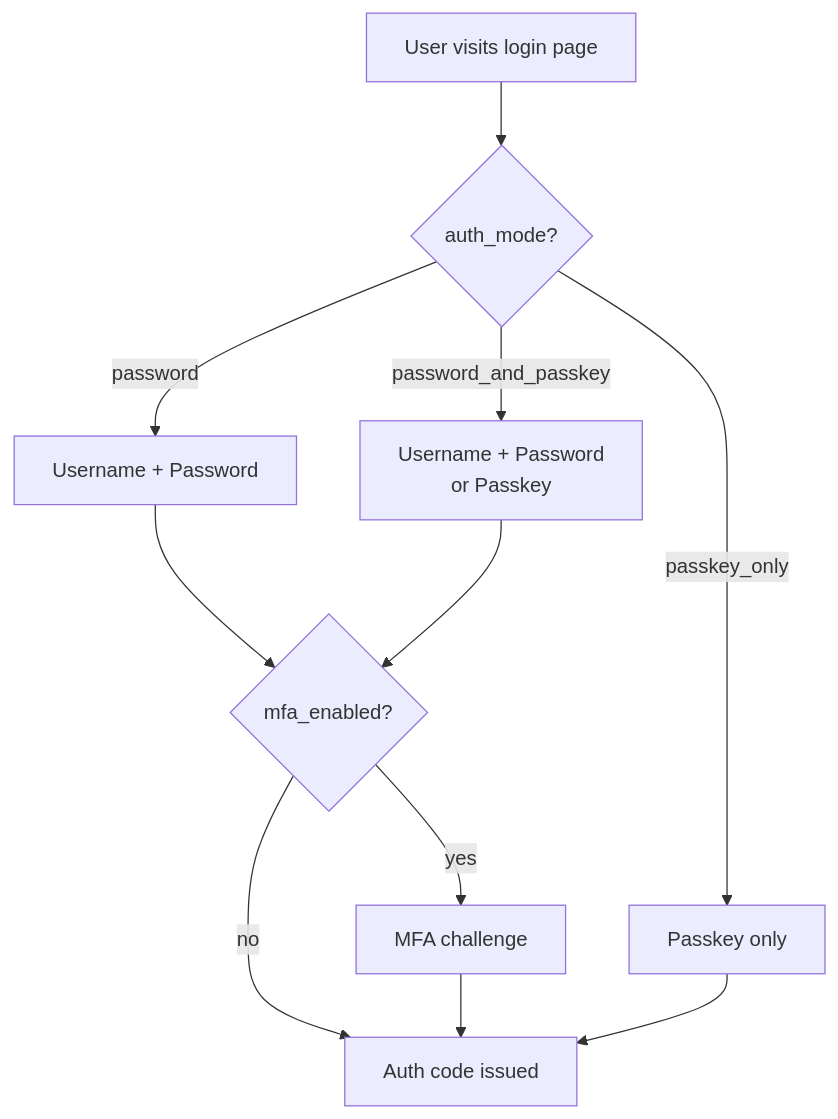
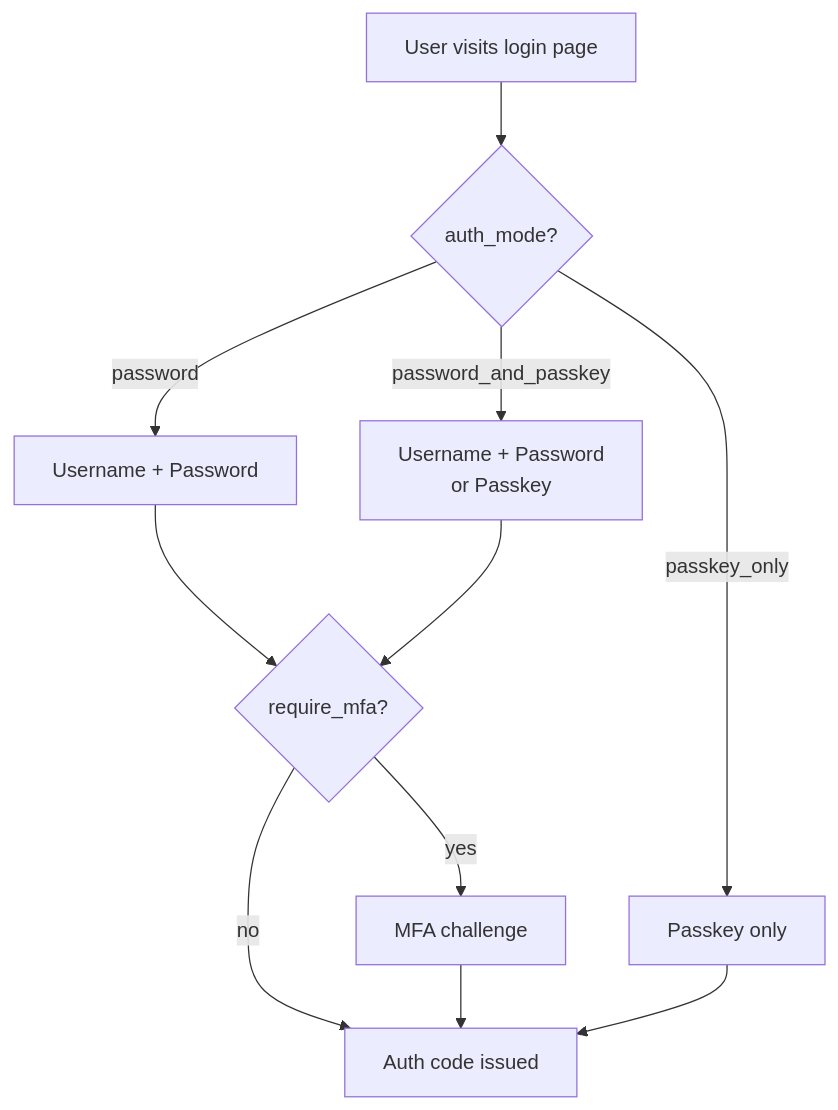
The diagram in docs-web/src/content/docs/authentication/overview.mdx (eugenioenko/autentico), drawn with Mermaid before and after one commit. The commit also changed other lines of this file and 35 other files, not shown here.

````diff
--- a/docs-web/src/content/docs/authentication/overview.mdx
+++ b/docs-web/src/content/docs/authentication/overview.mdx
@@ -12,13 +12,13 @@
 ```mermaid
 graph TD
     A[User visits login page] --> B{auth_mode?}
     B -->|password| C[Username + Password]
     B -->|password_and_passkey| D[Username + Password<br/>or Passkey]
     B -->|passkey_only| E[Passkey only]
-    C --> F{mfa_enabled?}
+    C --> F{require_mfa?}
     F -->|yes| G[MFA challenge]
     F -->|no| H[Auth code issued]
     D --> F
     G --> H
     E --> H
 ```
````
